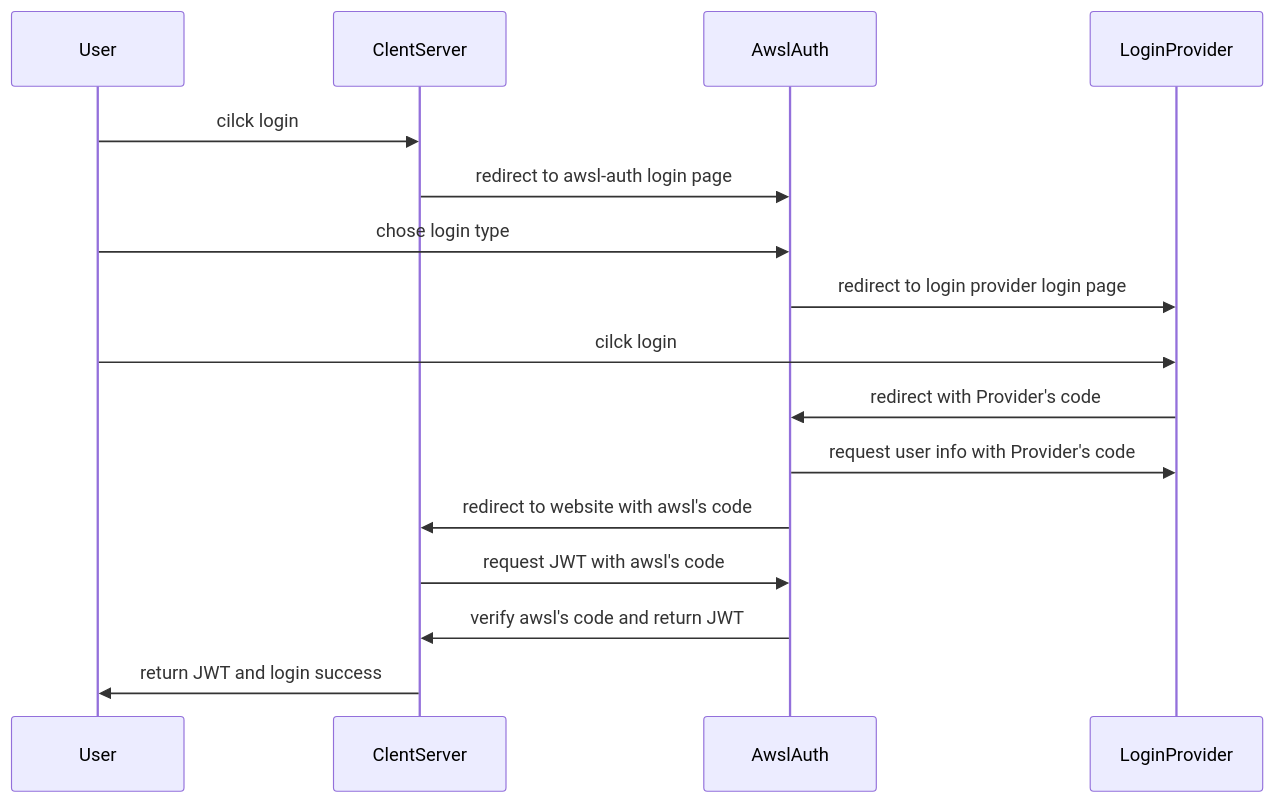
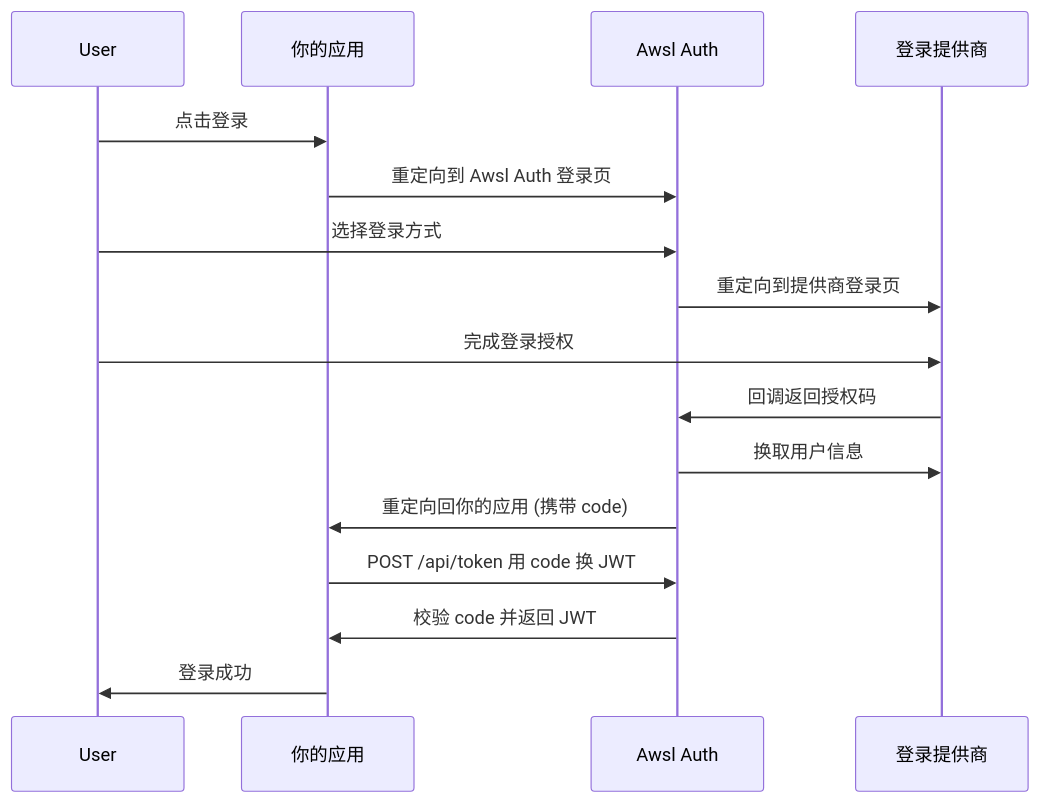
The diagram in README.md (yuuuiv/auth), drawn with Mermaid before and after one commit. The commit also changed other lines of this file and 1 other file, not shown here.

````diff
--- a/README.md
+++ b/README.md
@@ -11,14 +48,19 @@
 ```mermaid
 sequenceDiagram
-    User->>ClentServer: cilck login
-    ClentServer->>AwslAuth: redirect to awsl-auth login page
-    User->>AwslAuth: chose login type
-    AwslAuth->>LoginProvider: redirect to login provider login page
-    User->>LoginProvider: cilck login
-    LoginProvider->>AwslAuth: redirect with Provider's code
-    AwslAuth ->> LoginProvider: request user info with Provider's code
-    AwslAuth->>ClentServer: redirect to website with awsl's code
-    ClentServer->>AwslAuth: request JWT with awsl's code
-    AwslAuth->>ClentServer: verify awsl's code and return JWT
-    ClentServer->>User: return JWT and login success
+    participant User
+    participant ClientApp as 你的应用
+    participant AwslAuth as Awsl Auth
+    participant Provider as 登录提供商
+
+    User->>ClientApp: 点击登录
+    ClientApp->>AwslAuth: 重定向到 Awsl Auth 登录页
+    User->>AwslAuth: 选择登录方式
+    AwslAuth->>Provider: 重定向到提供商登录页
+    User->>Provider: 完成登录授权
+    Provider->>AwslAuth: 回调返回授权码
+    AwslAuth->>Provider: 换取用户信息
+    AwslAuth->>ClientApp: 重定向回你的应用 (携带 code)
+    ClientApp->>AwslAuth: POST /api/token 用 code 换 JWT
+    AwslAuth->>ClientApp: 校验 code 并返回 JWT
+    ClientApp->>User: 登录成功
 ```
````
